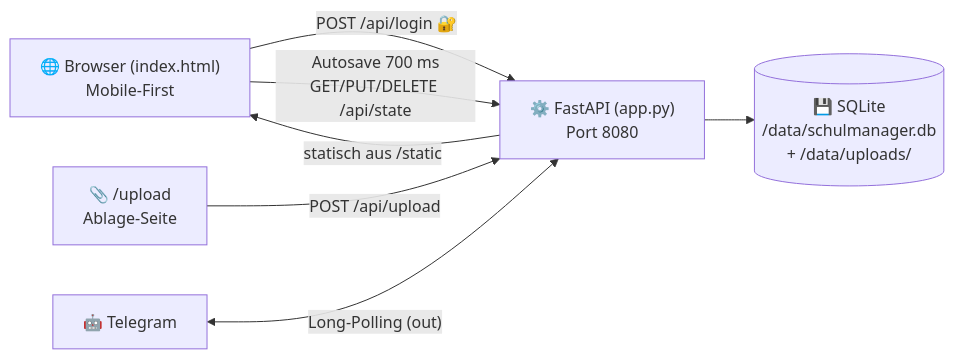
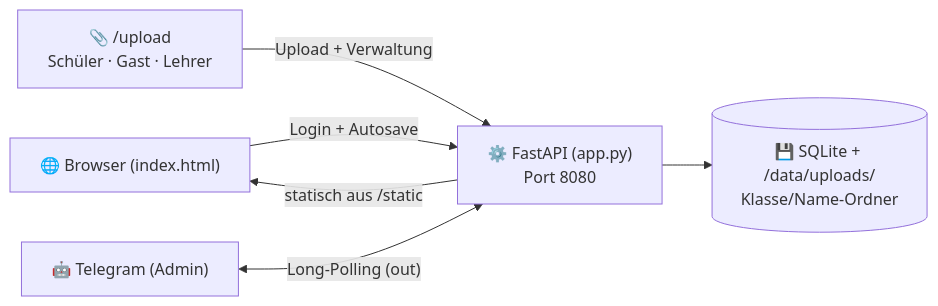
One commit to jbkunama1/trt.Schulmanager changed the diagram in README.md. Above: the diagram before and after it, drawn with Mermaid. The commit also changed other lines of this file, not shown here.

Commit message:
👥 Schüler-Zugänge dokumentiert: Code-Verwaltung, Berechtigungs-Matrix, API-Tabelle, Roadmap

````diff
--- a/README.md
+++ b/README.md
@@ -118,9 +128,8 @@
 ```mermaid
 graph LR
-    B["🌐 Browser (index.html)<br/>Mobile-First"] -->|"POST /api/login 🔐"| A["⚙️ FastAPI (app.py)<br/>Port 8080"]
-    B -->|"Autosave 700 ms<br/>GET/PUT/DELETE /api/state"| A
-    B2["📎 /upload<br/>Ablage-Seite"] -->|"POST /api/upload"| A
-    A --> S[("💾 SQLite<br/>/data/schulmanager.db<br/>+ /data/uploads/")]
-    T["🤖 Telegram"] <-->|"Long-Polling (out)"| A
+    B["🌐 Browser (index.html)"] -->|"Login + Autosave"| A["⚙️ FastAPI (app.py)<br/>Port 8080"]
+    B2["📎 /upload<br/>Schüler · Gast · Lehrer"] -->|"Upload + Verwaltung"| A
+    A --> S[("💾 SQLite + /data/uploads/<br/>Klasse/Name-Ordner")]
+    T["🤖 Telegram (Admin)"] <-->|"Long-Polling (out)"| A
     A -->|"statisch aus /static"| B
 ```
````
